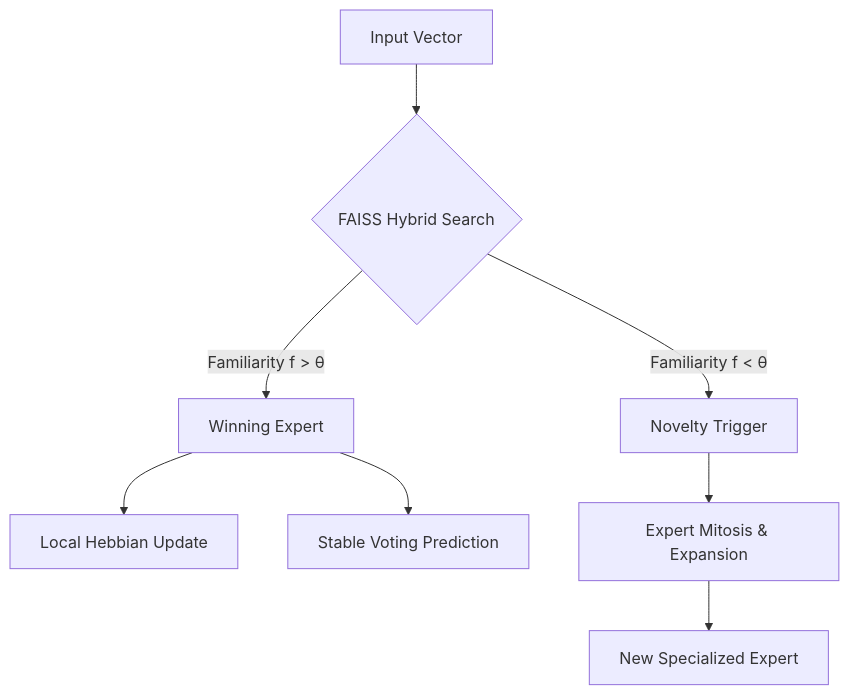
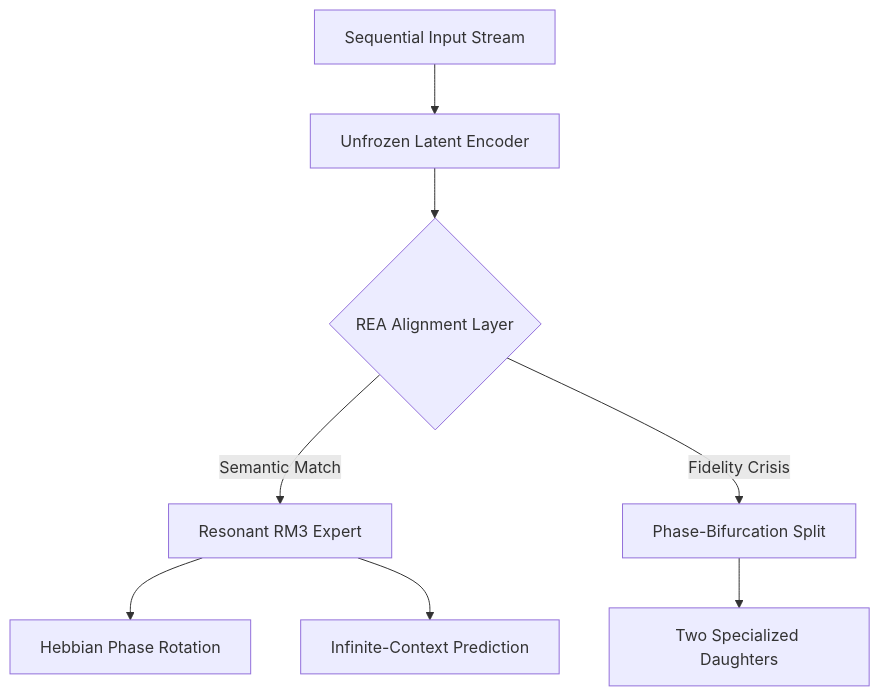
One commit to biggs-100/MoRE changed the diagram in README.md. Above: the diagram before and after it, drawn with Mermaid. The commit also changed other lines of this file and 10 other files, not shown here.

Commit message:
feat(arch): evolve MoRE-4 with RM3, REA, and Phase-Bifurcation Mitosis

````diff
--- a/README.md
+++ b/README.md
@@ -22,10 +22,10 @@
 ```mermaid
 graph TD
-    Input[Input Vector] --> Router{FAISS Hybrid Search}
-    Router -->|Familiarity f > θ| Winner[Winning Expert]
-    Router -->|Familiarity f < θ| Novelty[Novelty Trigger]
-    Winner --> Train[Local Hebbian Update]
-    Winner --> Vote[Stable Voting Prediction]
-    Novelty --> Mitosis[Expert Mitosis & Expansion]
-    Mitosis --> NewExpert[New Specialized Expert]
+    Input[Sequential Input Stream] --> Encoder[Unfrozen Latent Encoder]
+    Encoder --> REA{REA Alignment Layer}
+    REA -->|Semantic Match| RM3[Resonant RM3 Expert]
+    REA -->|Fidelity Crisis| Mitosis[Phase-Bifurcation Split]
+    RM3 --> Update[Hebbian Phase Rotation]
+    RM3 --> Output[Infinite-Context Prediction]
+    Mitosis --> Specialized[Two Specialized Daughters]
 ```
````
